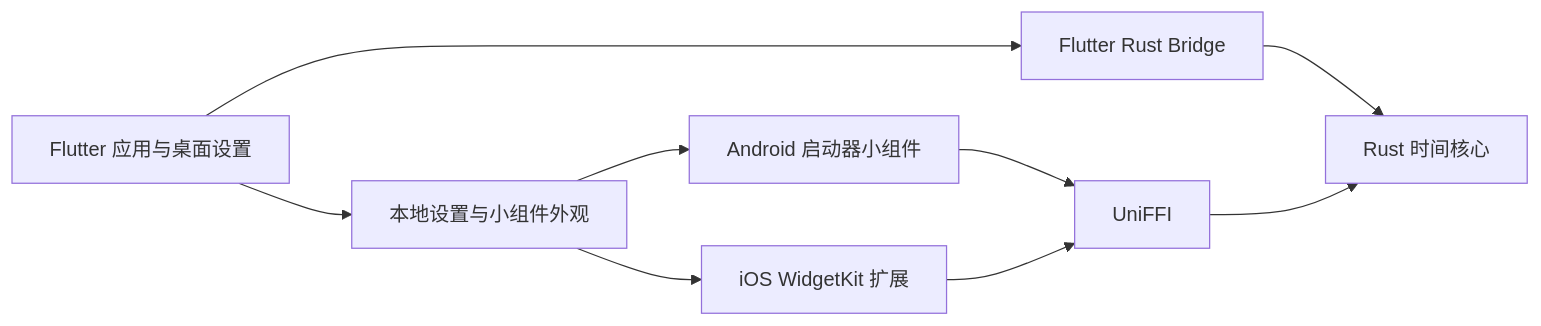
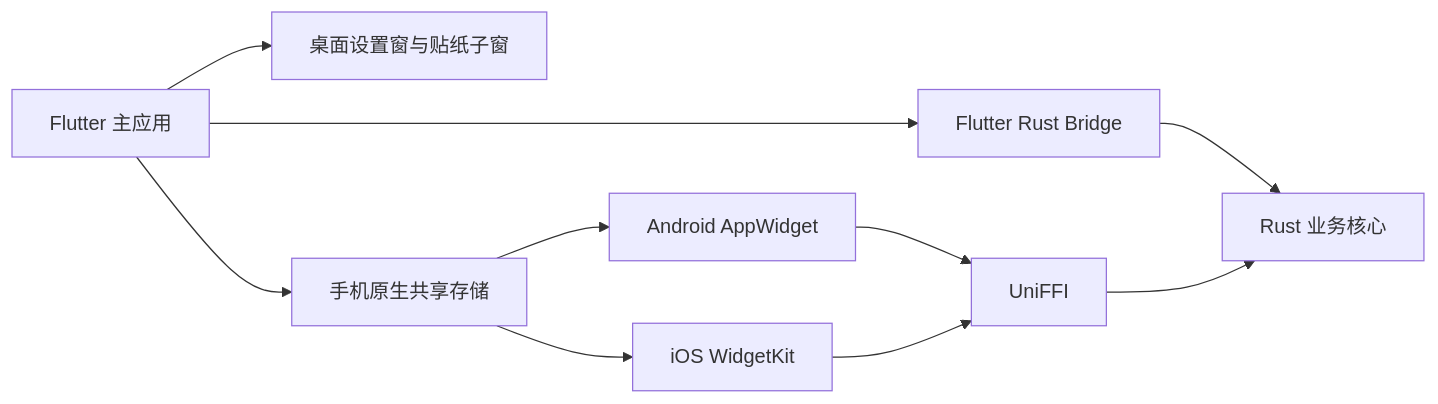
The diagram in docs/项目记录/技术架构与验证.md (acsweets/shiyu), drawn with Mermaid before and after one commit. The commit also changed other lines of this file and 106 other files, not shown here.

````diff
--- a/docs/项目记录/技术架构与验证.md
+++ b/docs/项目记录/技术架构与验证.md
@@ -7,11 +9,12 @@
 ```mermaid
 flowchart LR
-    APP["Flutter 应用与桌面设置"] --> FRB["Flutter Rust Bridge"]
-    FRB --> CORE["Rust 时间核心"]
-    APP --> STORE["本地设置与小组件外观"]
-    STORE --> ANDROID["Android 启动器小组件"]
-    STORE --> IOS["iOS WidgetKit 扩展"]
-    ANDROID --> FFI["UniFFI"]
-    IOS --> FFI
-    FFI --> CORE
+    App["Flutter 主应用"] --> Frb["Flutter Rust Bridge"]
+    Frb --> Core["Rust 业务核心"]
+    App --> Desktop["桌面设置窗与贴纸子窗"]
+    App --> Store["手机原生共享存储"]
+    Store --> Android["Android AppWidget"]
+    Store --> Ios["iOS WidgetKit"]
+    Android --> Ffi["UniFFI"]
+    Ios --> Ffi
+    Ffi --> Core
 ```
````
